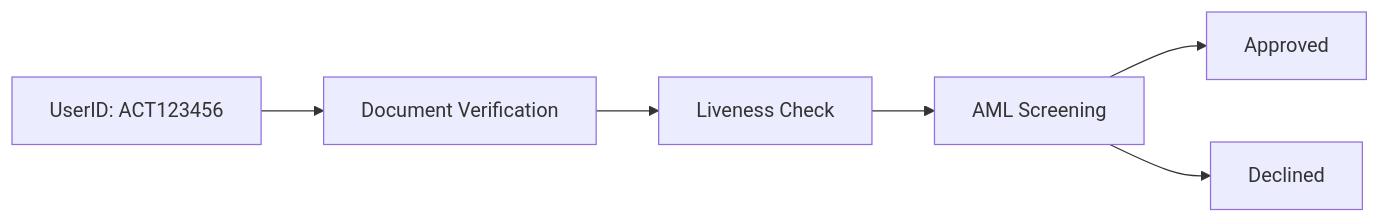
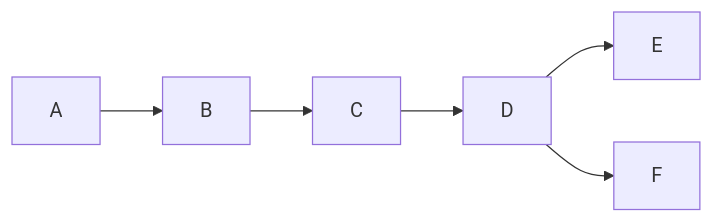
The diagram in id/id.mdx (Fantastic-Devs/Mintlify), drawn with Mermaid before and after one commit.

````diff
--- a/id/id.mdx
+++ b/id/id.mdx
@@ -17,15 +17,10 @@
 ```mermaid
 
 graph LR;
-    A["`UserID: ACT123456`"];
-    B["`Document Verification`"];
-    C["`Liveness Check`"];
-    D["`AML Screening`"];
-    E["`Approved`"];
-    F["`Declined`"];
+
     A--> B;
     B--> C;
     C--> D;
     D--> E & F;
 
 ```
````
